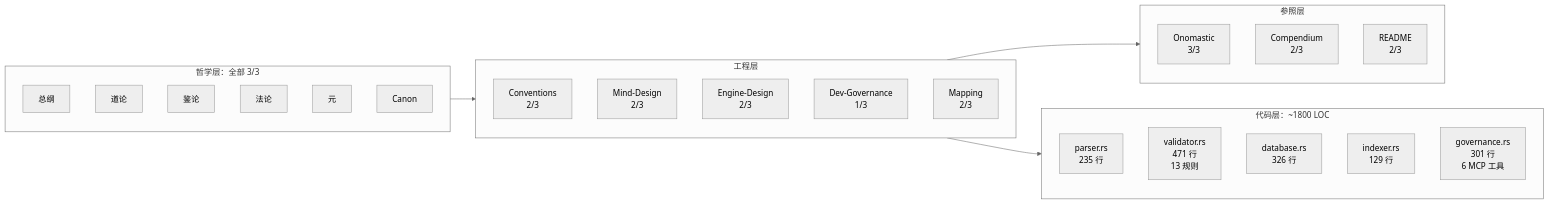
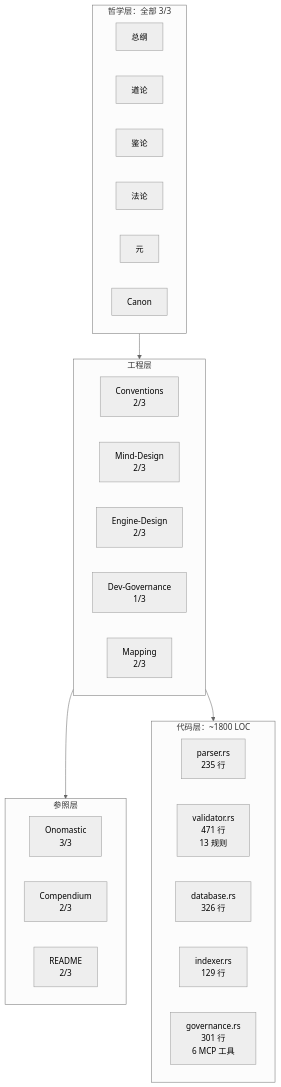
The first of 3 diagrams in docs/specs/engineering/SiHankor-Engine-Roadmap.sih.md (sgmov/sihankor), drawn with Mermaid (neutral theme) before and after one commit. The commit also changed other lines of this file and 8 other files, not shown here.

````diff
--- a/docs/specs/engineering/SiHankor-Engine-Roadmap.sih.md
+++ b/docs/specs/engineering/SiHankor-Engine-Roadmap.sih.md
@@ -30,37 +30,37 @@
 ```mermaid
-flowchart LR
+flowchart TD
     subgraph Philosophy["哲学层：全部 3/3"]
         P1["总纲"]
         P2["道论"]
         P3["鉴论"]
         P4["法论"]
         P5["元"]
         P6["Canon"]
     end
 
     subgraph Engineering["工程层"]
         E1["Conventions<br/>2/3"]
         E2["Mind-Design<br/>2/3"]
         E3["Engine-Design<br/>2/3"]
         E4["Dev-Governance<br/>1/3"]
         E5["Mapping<br/>2/3"]
     end
 
     subgraph Reference["参照层"]
         R1["Onomastic<br/>3/3"]
         R2["Compendium<br/>2/3"]
         R3["README<br/>2/3"]
     end
 
     subgraph Code["代码层：~1800 LOC"]
         C1["parser.rs<br/>235 行"]
         C2["validator.rs<br/>471 行<br/>13 规则"]
         C3["database.rs<br/>326 行"]
         C4["indexer.rs<br/>129 行"]
         C5["governance.rs<br/>301 行<br/>6 MCP 工具"]
     end
 
     Philosophy --> Engineering
     Engineering --> Reference
     Engineering --> Code
 ```
````
